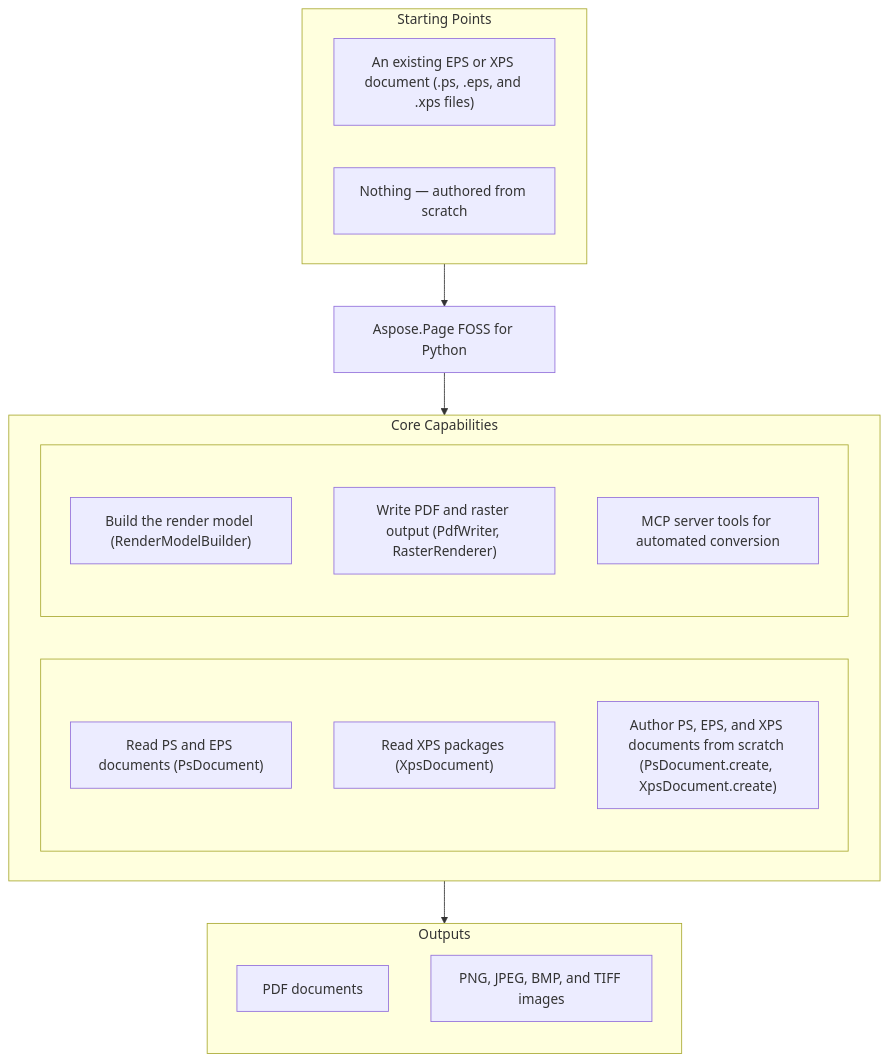
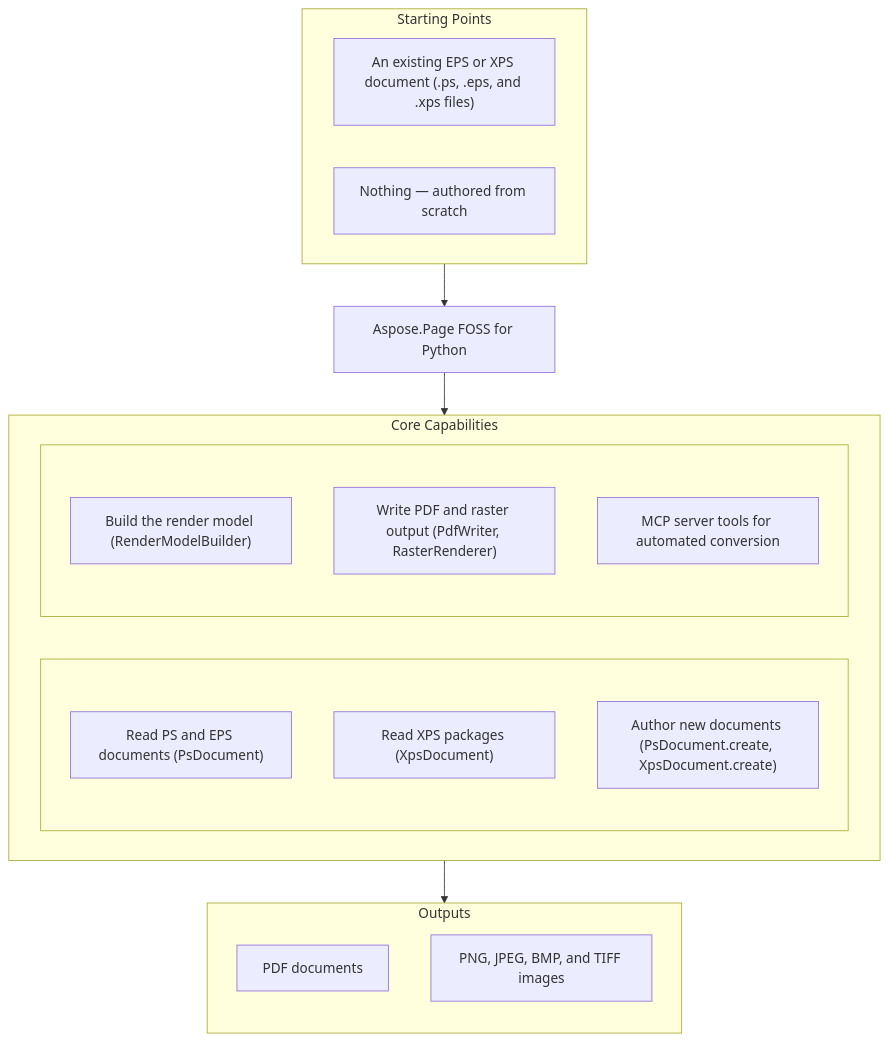
The diagram in README.md (aspose-page-foss/Aspose.Page-FOSS-for-Python), drawn with Mermaid before and after one commit. The commit also changed other lines of this file, not shown here.

````diff
--- a/README.md
+++ b/README.md
@@ -31,30 +30,30 @@
 ```mermaid
 flowchart TD
   subgraph StartingPoints["Starting Points"]
     direction LR
     i1["An existing EPS or XPS document (.ps, .eps, and .xps files)"]
     i2["Nothing — authored from scratch"]
   end
   PRODUCT["Aspose.Page FOSS for Python"]
   subgraph Capabilities["Core Capabilities"]
     direction LR
     subgraph capl[" "]
       direction TB
       c1["Read PS and EPS documents (PsDocument)"]
       c2["Read XPS packages (XpsDocument)"]
-      c3["Author PS, EPS, and XPS documents from scratch (PsDocument.create, XpsDocument.create)"]
+      c3["Author new documents (PsDocument.create, XpsDocument.create)"]
     end
     subgraph capr[" "]
       direction TB
       c4["Build the render model (RenderModelBuilder)"]
       c5["Write PDF and raster output (PdfWriter, RasterRenderer)"]
       c6["MCP server tools for automated conversion"]
     end
   end
   subgraph Outputs["Outputs"]
     direction TB
     o1["PDF documents"]
     o2["PNG, JPEG, BMP, and TIFF images"]
   end
   StartingPoints --> PRODUCT --> Capabilities --> Outputs
 ```
````
